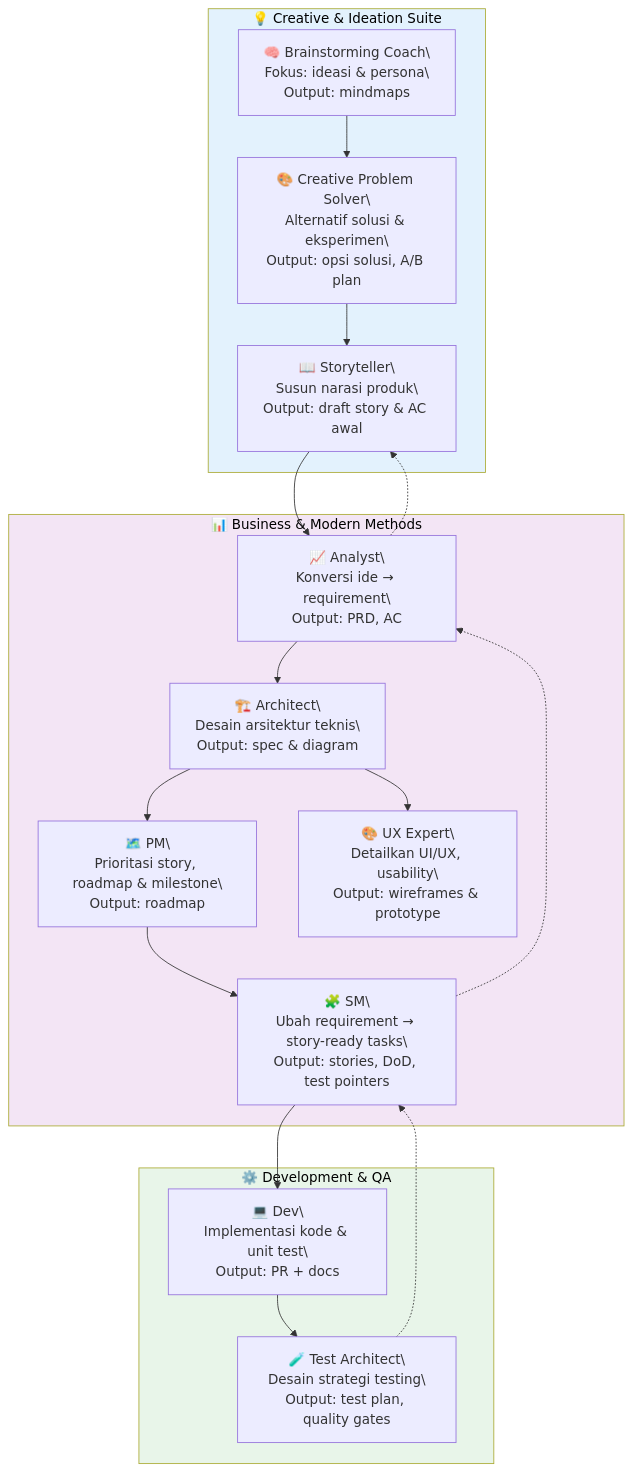
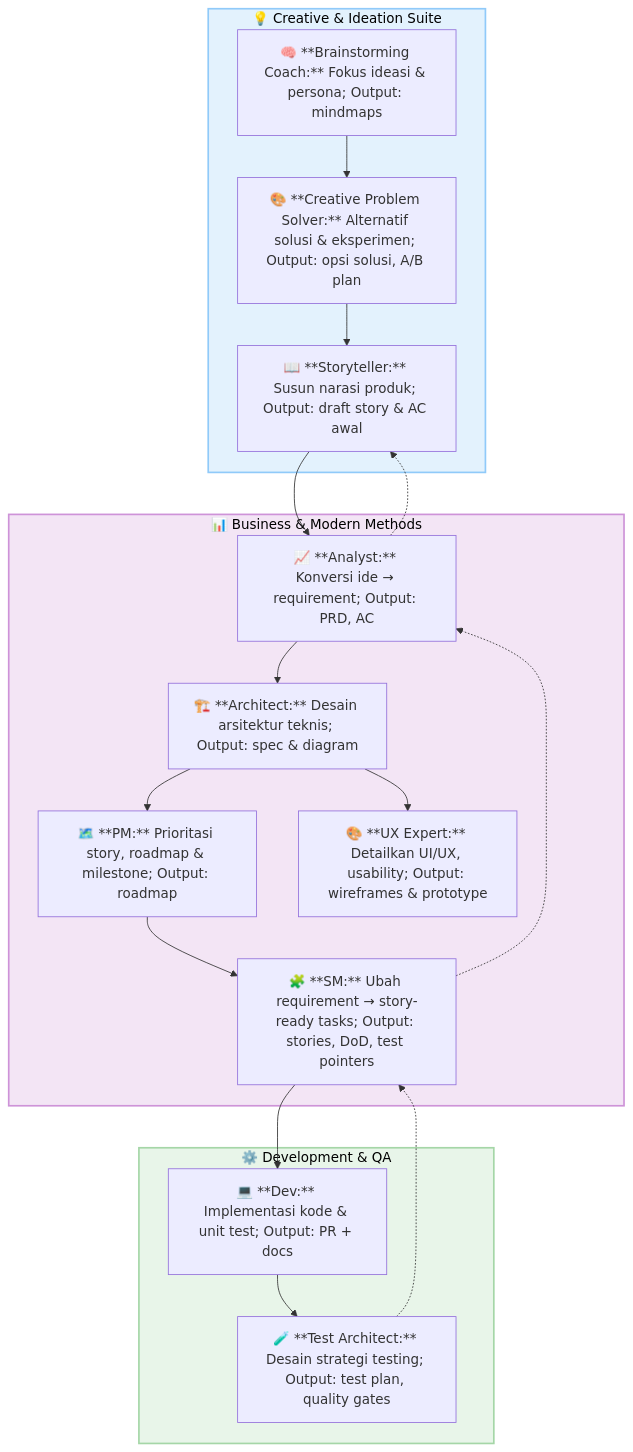
Before and after one commit to Stradivary/bmad-method-peternakmuda: the diagram in README.md, drawn with Mermaid.

Commit message:
[zaky] update bagan readme

````diff
--- a/README.md
+++ b/README.md
@@ -128,41 +128,41 @@
 ```mermaid
-   graph TD
+  graph TD
 
    %% ==== Creative & Ideation Suite ====
    subgraph CIS[💡 Creative & Ideation Suite]
-      A1["🧠 Brainstorming Coach\\nFokus: ideasi & persona\\nOutput: mindmaps"]
-      A2["🎨 Creative Problem Solver\\nAlternatif solusi & eksperimen\\nOutput: opsi solusi, A/B plan"]
-      A3["📖 Storyteller\\nSusun narasi produk\\nOutput: draft story & AC awal"]
+      A1["🧠 **Brainstorming Coach:** Fokus ideasi & persona; Output: mindmaps"]
+      A2["🎨 **Creative Problem Solver:** Alternatif solusi & eksperimen; Output: opsi solusi, A/B plan"]
+      A3["📖 **Storyteller:** Susun narasi produk; Output: draft story & AC awal"]
    end
 
    %% ==== Business & Modern Methods ====
    subgraph BMM[📊 Business & Modern Methods]
-      B1["📈 Analyst\\nKonversi ide → requirement\\nOutput: PRD, AC"]
-      B2["🏗️ Architect\\nDesain arsitektur teknis\\nOutput: spec & diagram"]
-      B3["🗺️ PM\\nPrioritasi story, roadmap & milestone\\nOutput: roadmap"]
-      B4["🧩 SM\\nUbah requirement → story-ready tasks\\nOutput: stories, DoD, test pointers"]
-      B5["🎨 UX Expert\\nDetailkan UI/UX, usability\\nOutput: wireframes & prototype"]
+      B1["📈 **Analyst:** Konversi ide → requirement; Output: PRD, AC"]
+      B2["🏗️ **Architect:** Desain arsitektur teknis; Output: spec & diagram"]
+      B3["🗺️ **PM:** Prioritasi story, roadmap & milestone; Output: roadmap"]
+      B4["🧩 **SM:** Ubah requirement → story-ready tasks; Output: stories, DoD, test pointers"]
+      B5["🎨 **UX Expert:** Detailkan UI/UX, usability; Output: wireframes & prototype"]
    end
 
    %% ==== Development & QA ====
    subgraph DEV[⚙️ Development & QA]
-      C1["💻 Dev\\nImplementasi kode & unit test\\nOutput: PR + docs"]
-      C2["🧪 Test Architect\\nDesain strategi testing\\nOutput: test plan, quality gates"]
+      C1["💻 **Dev:** Implementasi kode & unit test; Output: PR + docs"]
+      C2["🧪 **Test Architect:** Desain strategi testing; Output: test plan, quality gates"]
    end
 
    %% ==== Main Flow ====
    A1 --> A2 --> A3 --> B1
    B1 --> B2 --> B3 --> B4
    B2 --> B5
    B4 --> C1 --> C2
 
    %% ==== Feedback Loops ====
    C2 -.-> B4
    B4 -.-> B1
    B1 -.-> A3
 
    %% ==== Styling ====
-   style CIS fill:#e3f2fd,color:#000
-   style BMM fill:#f3e5f5,color:#000
-   style DEV fill:#e8f5e9,color:#000
+   style CIS fill:#e3f2fd,color:#000,stroke:#90caf9,stroke-width:2px
+   style BMM fill:#f3e5f5,color:#000,stroke:#ce93d8,stroke-width:2px
+   style DEV fill:#e8f5e9,color:#000,stroke:#a5d6a7,stroke-width:2px
 ```
````
